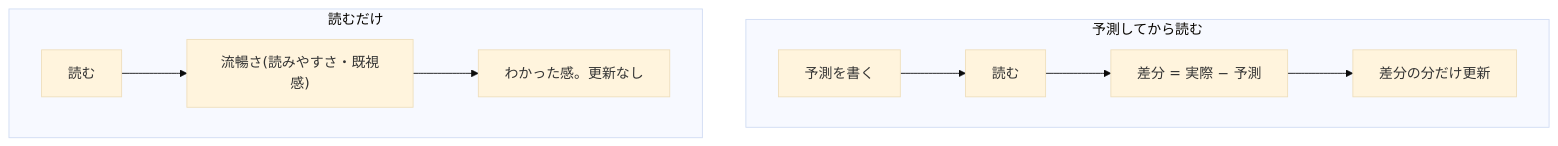
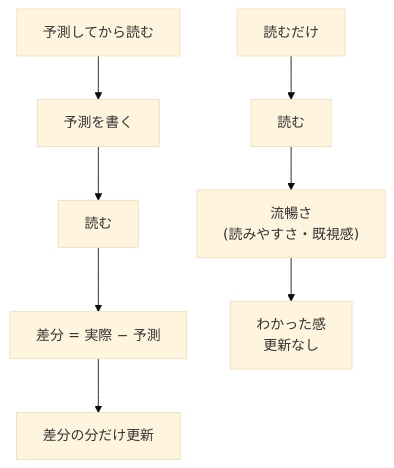
One commit to kimuchanman/kimuchanman.github.io changed the diagram in src/content/blog/fluency-vs-diff.md. Above: the diagram before and after it, drawn with Mermaid (base theme). The commit also changed 1 other file, not shown here.

Commit message:
図のレイアウトを縦積みに直す(忘れた・流暢性)

````diff
--- a/src/content/blog/fluency-vs-diff.md
+++ b/src/content/blog/fluency-vs-diff.md
@@ -32,11 +32,5 @@
 ```mermaid
 flowchart TB
-  subgraph P["予測してから読む"]
-    direction LR
-    P1["予測を書く"] --> P2["読む"] --> P3["差分 = 実際 − 予測"] --> P4["差分の分だけ更新"]
-  end
-  subgraph R["読むだけ"]
-    direction LR
-    R2["読む"] --> R3["流暢さ(読みやすさ・既視感)"] --> R4["わかった感。更新なし"]
-  end
+  P0["予測してから読む"] --> P1["予測を書く"] --> P2["読む"] --> P3["差分 = 実際 − 予測"] --> P4["差分の分だけ更新"]
+  R0["読むだけ"] --> R2["読む"] --> R3["流暢さ<br/>(読みやすさ・既視感)"] --> R4["わかった感<br/>更新なし"]
 ```
````
